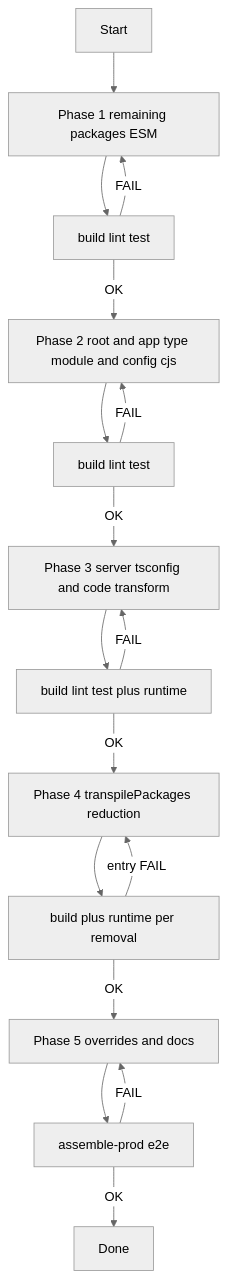
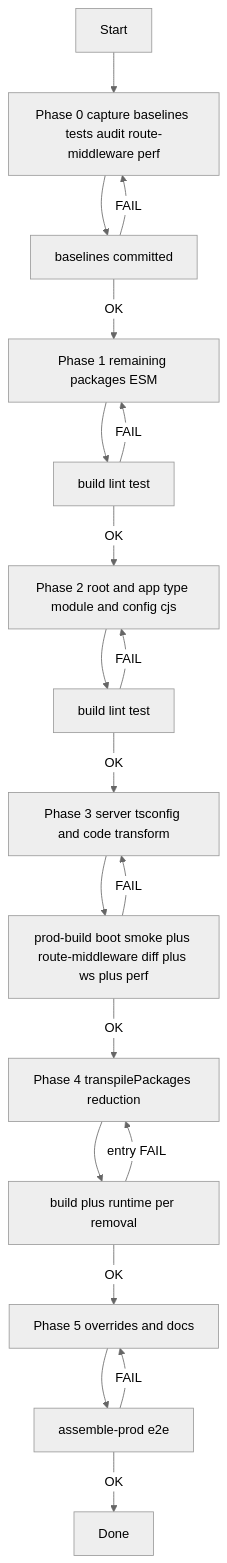
Before and after one commit to growilabs/growi: the second of 4 diagrams in .kiro/specs/esm-migration/design.md, drawn with Mermaid (neutral theme). The commit also changed other lines of this file and 2 other files, not shown here.

````diff
--- a/.kiro/specs/esm-migration/design.md
+++ b/.kiro/specs/esm-migration/design.md
@@ -236,31 +236,36 @@
 ```mermaid
 flowchart TB
     Start[Start]
+    P0[Phase 0 capture baselines tests audit route-middleware perf]
     P1[Phase 1 remaining packages ESM]
     P2[Phase 2 root and app type module and config cjs]
     P3[Phase 3 server tsconfig and code transform]
     P4[Phase 4 transpilePackages reduction]
     P5[Phase 5 overrides and docs]
+    Verify0[baselines committed]
     Verify1[build lint test]
     Verify2[build lint test]
-    Verify3[build lint test plus runtime]
+    Verify3[prod-build boot smoke plus route-middleware diff plus ws plus perf]
     Verify4[build plus runtime per removal]
     Verify5[assemble-prod e2e]
     Done[Done]
 
-    Start --> P1 --> Verify1
+    Start --> P0 --> Verify0
+    Verify0 -->|OK| P1
+    Verify0 -->|FAIL| P0
+    P1 --> Verify1
     Verify1 -->|OK| P2
     Verify1 -->|FAIL| P1
     P2 --> Verify2
     Verify2 -->|OK| P3
     Verify2 -->|FAIL| P2
     P3 --> Verify3
     Verify3 -->|OK| P4
     Verify3 -->|FAIL| P3
     P4 --> Verify4
     Verify4 -->|OK| P5
     Verify4 -->|entry FAIL| P4
     P5 --> Verify5
     Verify5 -->|OK| Done
     Verify5 -->|FAIL| P5
 ```
````
